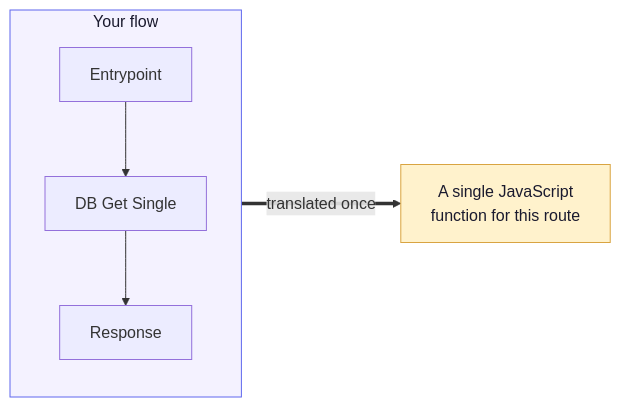
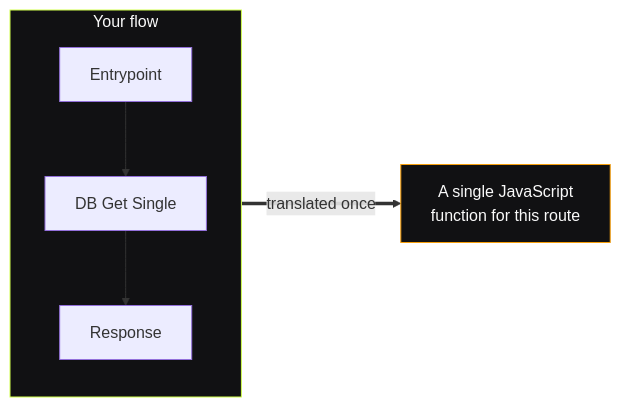
Before and after one commit to 07prajwal2000/Fluxify: the third of 6 diagrams in docs/architecture/request-lifecycle.md, drawn with Mermaid. The commit also changed other lines of this file and 44 other files, not shown here.

````diff
--- a/docs/architecture/request-lifecycle.md
+++ b/docs/architecture/request-lifecycle.md
@@ -93,12 +93,12 @@
 ```mermaid
 flowchart LR
     subgraph FLOW["Your flow"]
         direction TB
         E["Entrypoint"] --> G["DB Get Single"] --> R["Response"]
     end
 
     FLOW ==>|translated once| CODE["A single JavaScript<br/>function for this route"]
 
-    style FLOW fill:#f4f2ff,stroke:#5f67ee,color:#1a1a2e
-    style CODE fill:#fff2cc,stroke:#d9a441,color:#1a1a2e
+    style FLOW fill:#111113,stroke:#D2FF4D,color:#FAFAFA
+    style CODE fill:#111113,stroke:#F59E0B,color:#FAFAFA
 ```
````
